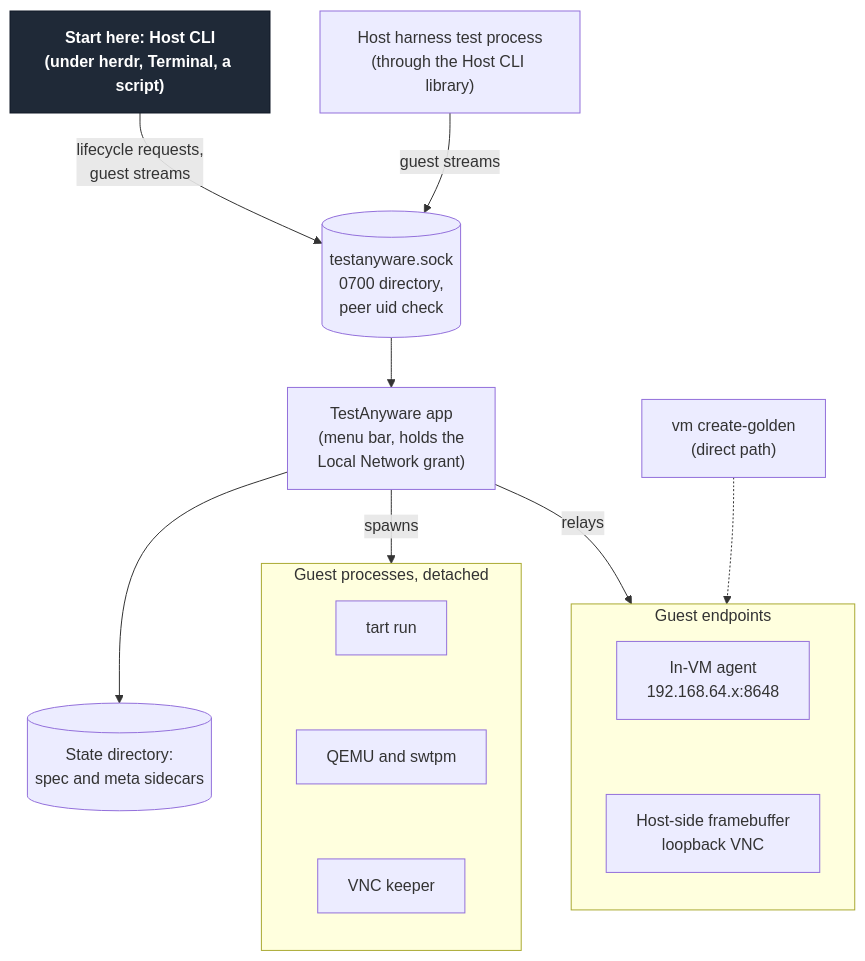
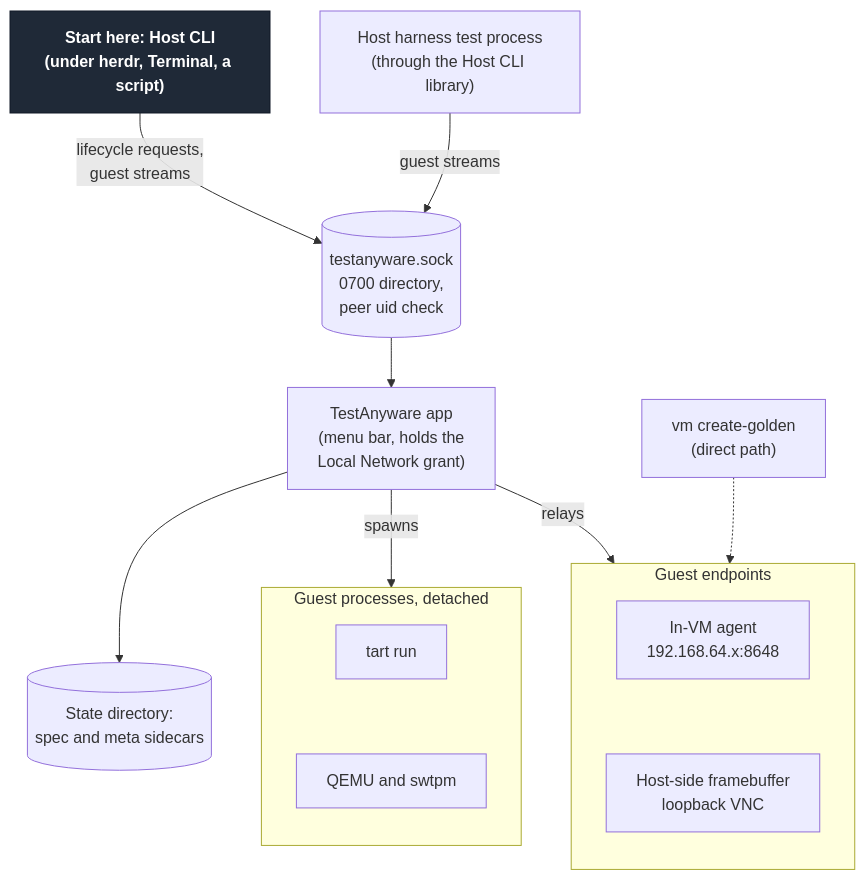
One commit to Linkuistics/TestAnyware changed the first of 11 diagrams in docs/specs/testanyware-app.md. Above: the diagram before and after it, drawn with Mermaid. The commit also changed other lines of this file and 29 other files, not shown here.

First line of the commit message:
keeper-removal-code-k5: remove the VNC keeper and the VNC probe gate

````diff
--- a/docs/specs/testanyware-app.md
+++ b/docs/specs/testanyware-app.md
@@ -66,29 +66,28 @@
 ```mermaid
 flowchart TD
   cli["Start here: Host CLI<br/>(under herdr, Terminal, a script)"]:::start
   tests["Host harness test process<br/>(through the Host CLI library)"]
   sock[("testanyware.sock<br/>0700 directory,<br/>peer uid check")]
   app["TestAnyware app<br/>(menu bar, holds the<br/>Local Network grant)"]
   state[("State directory:<br/>spec and meta sidecars")]
   subgraph guests["Guest processes, detached"]
     direction TB
     tart["tart run"]
     qemu["QEMU and swtpm"]
-    keeper["VNC keeper"]
-    tart ~~~ qemu ~~~ keeper
+    tart ~~~ qemu
   end
   subgraph endpoints["Guest endpoints"]
     direction TB
     agent["In-VM agent<br/>192.168.64.x:8648"]
     fb["Host-side framebuffer<br/>loopback VNC"]
     agent ~~~ fb
   end
   golden["vm create-golden<br/>(direct path)"]
   cli -- "lifecycle requests,<br/>guest streams" --> sock --> app
   tests -- "guest streams" --> sock
   app --> state
   app -- "spawns" --> guests
   app -- "relays" --> endpoints
   golden -.-> endpoints
   classDef start fill:#1f2937,stroke:#111827,color:#ffffff,font-weight:bold
 ```
````
